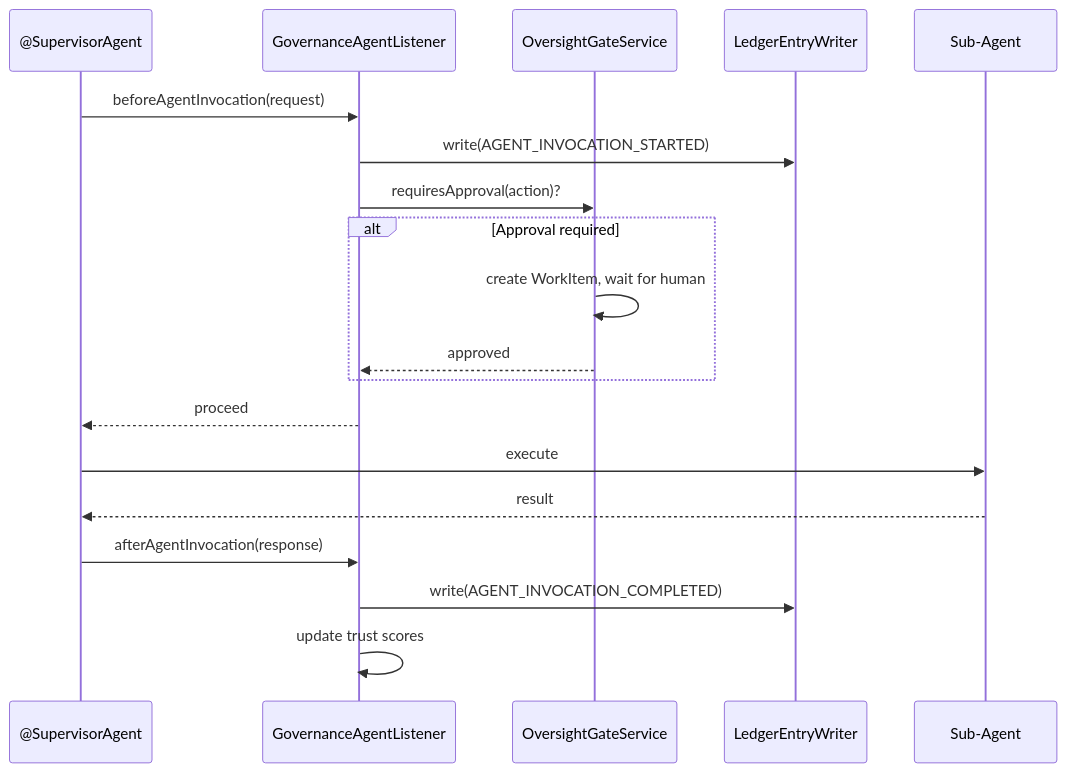
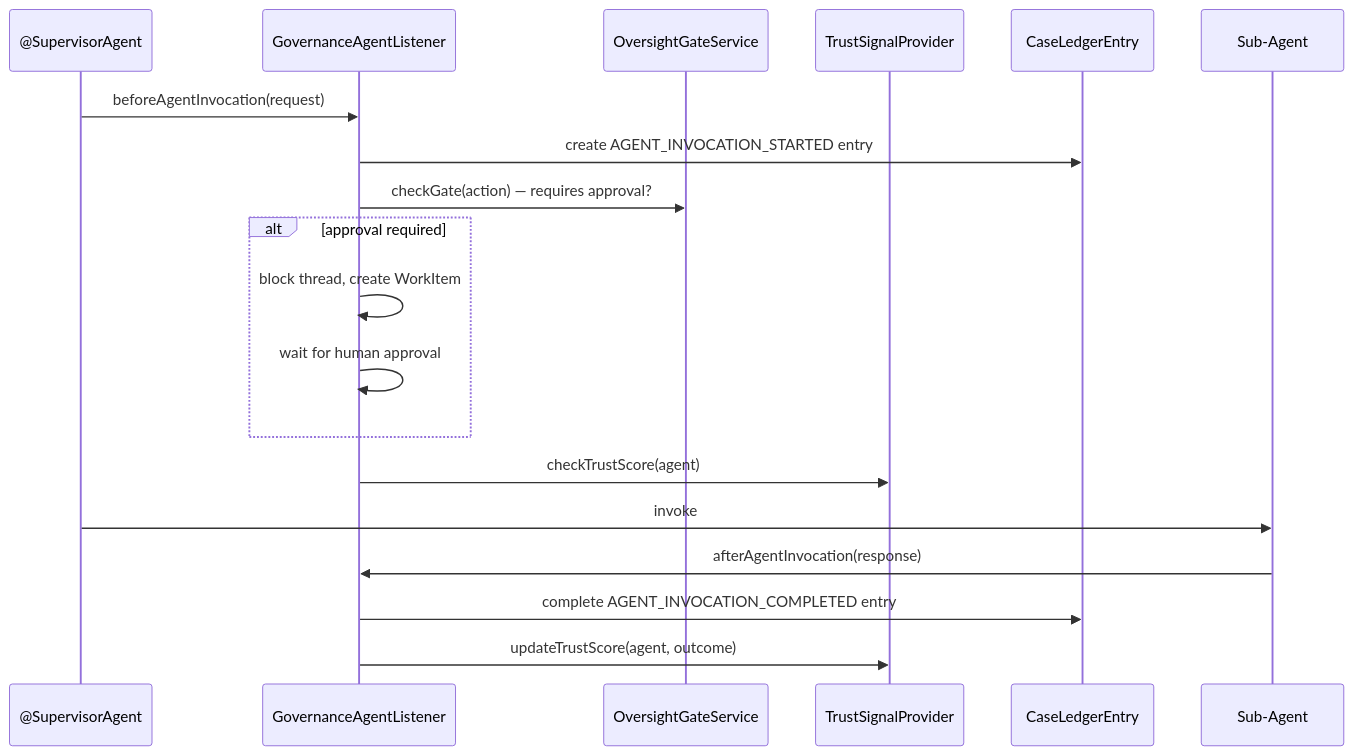
The fourth of 6 diagrams in ARC42STORIES.MD (casehubio/casehub-langchain4j), drawn with Mermaid before and after one commit. The commit also changed other lines of this file, not shown here.

````diff
--- a/ARC42STORIES.MD
+++ b/ARC42STORIES.MD
@@ -257,22 +221,22 @@
 ```mermaid
 sequenceDiagram
   participant Supervisor as @SupervisorAgent
-  participant Listener as GovernanceAgentListener
+  participant GL as GovernanceAgentListener
   participant Gate as OversightGateService
-  participant Ledger as LedgerEntryWriter
-  participant SubAgent as Sub-Agent
+  participant Trust as TrustSignalProvider
+  participant Ledger as CaseLedgerEntry
+  participant Agent as Sub-Agent
 
-  Supervisor->>Listener: beforeAgentInvocation(request)
-  Listener->>Ledger: write(AGENT_INVOCATION_STARTED)
-  Listener->>Gate: requiresApproval(action)?
-  alt Approval required
-    Gate->>Gate: create WorkItem, wait for human
-    Gate-->>Listener: approved
+  Supervisor->>GL: beforeAgentInvocation(request)
+  GL->>Ledger: create AGENT_INVOCATION_STARTED entry
+  GL->>Gate: checkGate(action) — requires approval?
+  alt approval required
+    GL->>GL: block thread, create WorkItem
+    GL->>GL: wait for human approval
   end
-  Listener-->>Supervisor: proceed
-  Supervisor->>SubAgent: execute
-  SubAgent-->>Supervisor: result
-  Supervisor->>Listener: afterAgentInvocation(response)
-  Listener->>Ledger: write(AGENT_INVOCATION_COMPLETED)
-  Listener->>Listener: update trust scores
+  GL->>Trust: checkTrustScore(agent)
+  Supervisor->>Agent: invoke
+  Agent->>GL: afterAgentInvocation(response)
+  GL->>Ledger: complete AGENT_INVOCATION_COMPLETED entry
+  GL->>Trust: updateTrustScore(agent, outcome)
 ```
````
